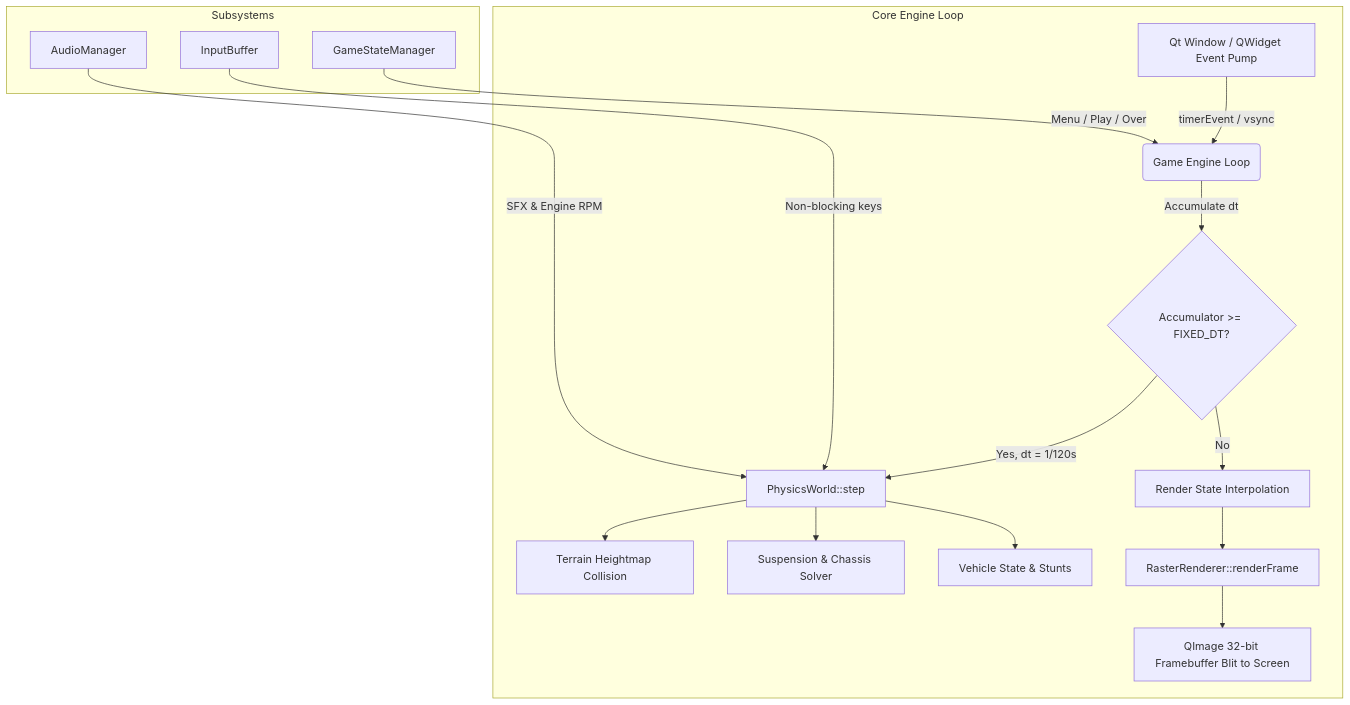
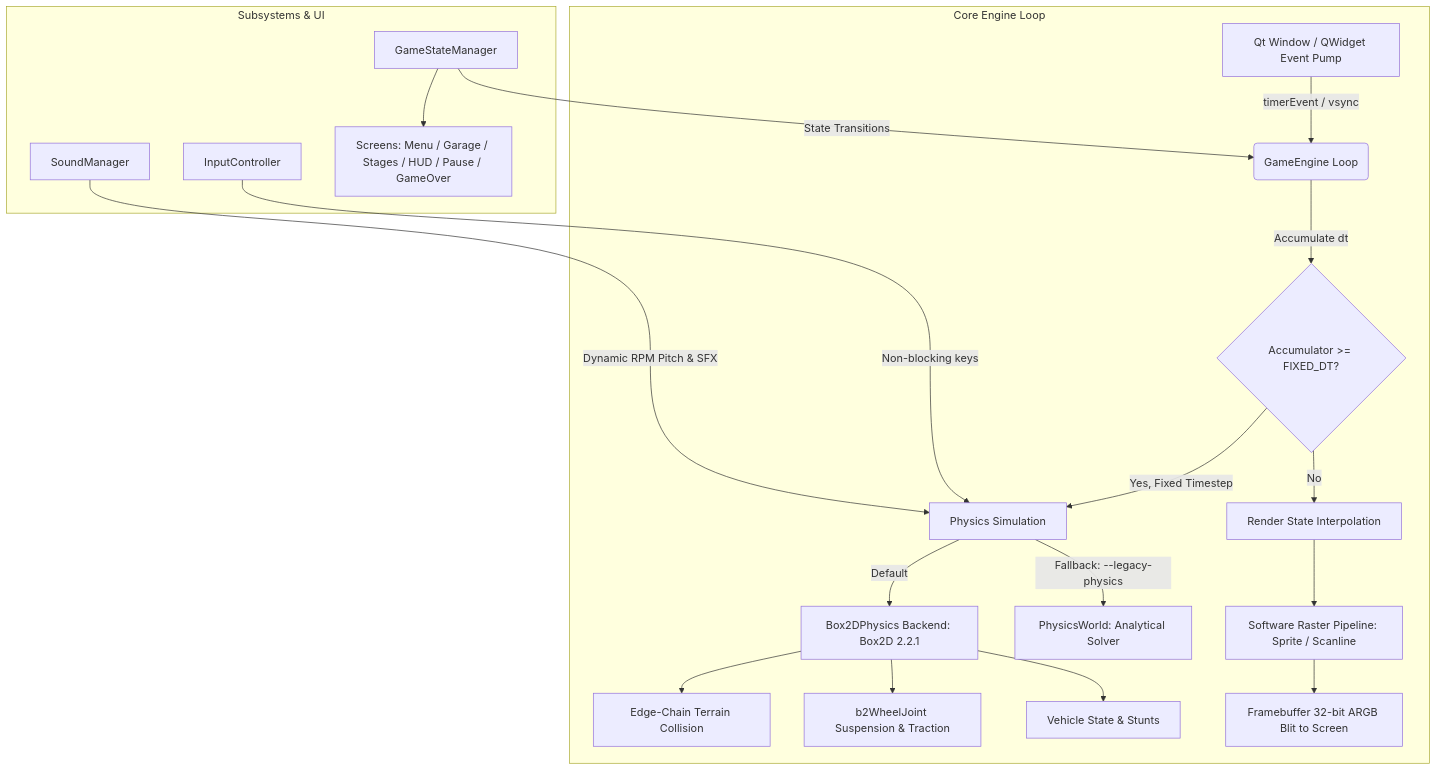
One commit to Anubhab-Rakshit/hill-climb-racing-qt changed the diagram in README.md. Above: the diagram before and after it, drawn with Mermaid. The commit also changed other lines of this file and 2 other files, not shown here.

Commit message:
docs: refresh README for Box2D build and test workflow

````diff
--- a/README.md
+++ b/README.md
@@ -34,20 +30,23 @@
 ```mermaid
 graph TD
     subgraph Core Engine Loop
-        A[Qt Window / QWidget Event Pump] -->|timerEvent / vsync| B(Game Engine Loop)
+        A[Qt Window / QWidget Event Pump] -->|timerEvent / vsync| B(GameEngine Loop)
         B -->|Accumulate dt| C{Accumulator >= FIXED_DT?}
-        C -->|Yes, dt = 1/120s| D[PhysicsWorld::step]
-        D --> E[Terrain Heightmap Collision]
-        D --> F[Suspension & Chassis Solver]
-        D --> G[Vehicle State & Stunts]
+        C -->|Yes, Fixed Timestep| D[Physics Simulation]
+        D -->|Default| D1[Box2DPhysics Backend: Box2D 2.2.1]
+        D -->|Fallback: --legacy-physics| D2[PhysicsWorld: Analytical Solver]
+        D1 --> E[Edge-Chain Terrain Collision]
+        D1 --> F[b2WheelJoint Suspension & Traction]
+        D1 --> G[Vehicle State & Stunts]
         C -->|No| H[Render State Interpolation]
-        H --> I[RasterRenderer::renderFrame]
-        I --> J[QImage 32-bit Framebuffer Blit to Screen]
+        H --> I[Software Raster Pipeline: Sprite / Scanline]
+        I --> J[Framebuffer 32-bit ARGB Blit to Screen]
     end
 
-    subgraph Subsystems
-        K[InputBuffer] -->|Non-blocking keys| D
-        L[AudioManager] -->|SFX & Engine RPM| D
-        M[GameStateManager] -->|Menu / Play / Over| B
+    subgraph Subsystems & UI
+        K[InputController] -->|Non-blocking keys| D
+        L[SoundManager] -->|Dynamic RPM Pitch & SFX| D
+        M[GameStateManager] -->|State Transitions| B
+        M --> N[Screens: Menu / Garage / Stages / HUD / Pause / GameOver]
     end
 ```
````
